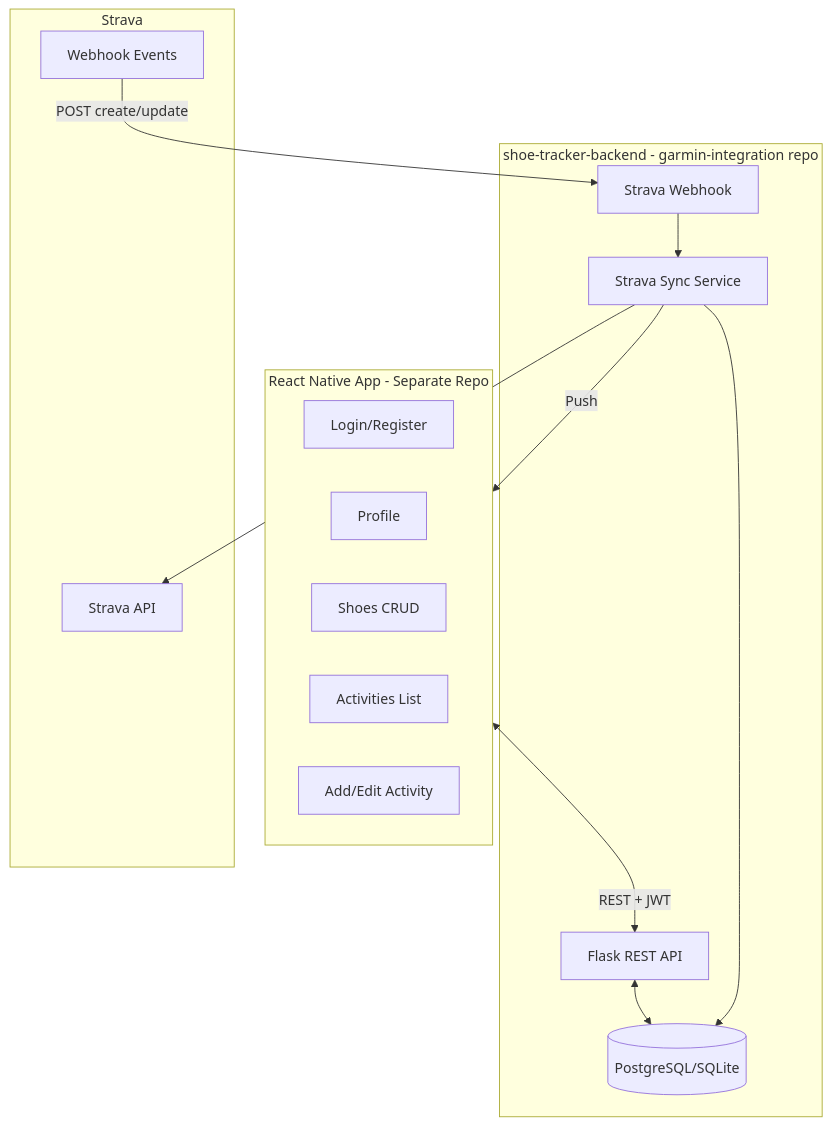
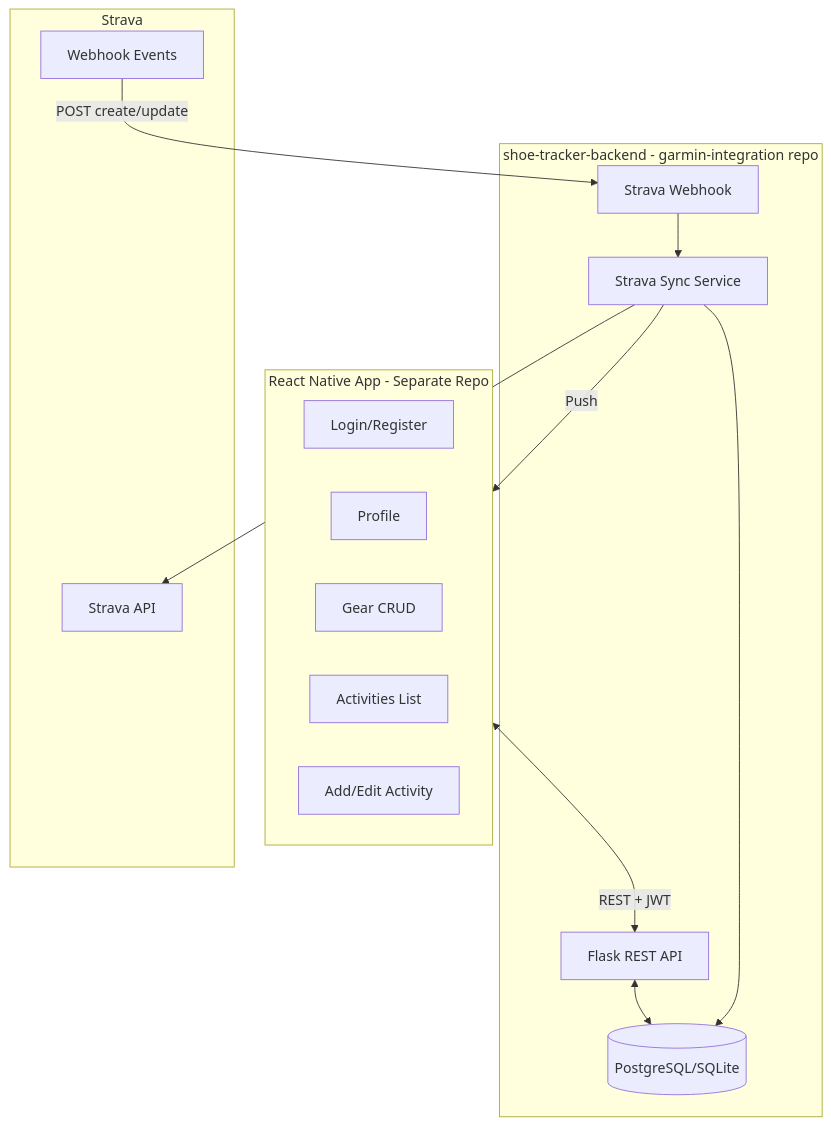
The diagram in docs/SHOE_TRACKER_APP_PLAN.md (Maksym7415/Pace.coach), drawn with Mermaid before and after one commit. The commit also changed other lines of this file and 11 other files, not shown here.

````diff
--- a/docs/SHOE_TRACKER_APP_PLAN.md
+++ b/docs/SHOE_TRACKER_APP_PLAN.md
@@ -9,30 +9,30 @@
 ```mermaid
 flowchart TB
     subgraph RN_App [React Native App - Separate Repo]
         Login[Login/Register]
         Profile[Profile]
-        Shoes[Shoes CRUD]
+        GearScreen[Gear CRUD]
         Activities[Activities List]
         AddActivity[Add/Edit Activity]
     end
 
     subgraph Backend [shoe-tracker-backend - garmin-integration repo]
         API[Flask REST API]
         StravaWebhook[Strava Webhook]
         StravaSync[Strava Sync Service]
         DB[(PostgreSQL/SQLite)]
     end
 
     subgraph Strava [Strava]
         StravaAPI[Strava API]
         StravaWebhookSrc[Webhook Events]
     end
 
     RN_App <-->|REST + JWT| API
     API <--> DB
     StravaWebhookSrc -->|POST create/update| StravaWebhook
     StravaWebhook --> StravaSync
     StravaSync --> StravaAPI
     StravaSync --> DB
     StravaSync -->|Push| RN_App
 ```
````
